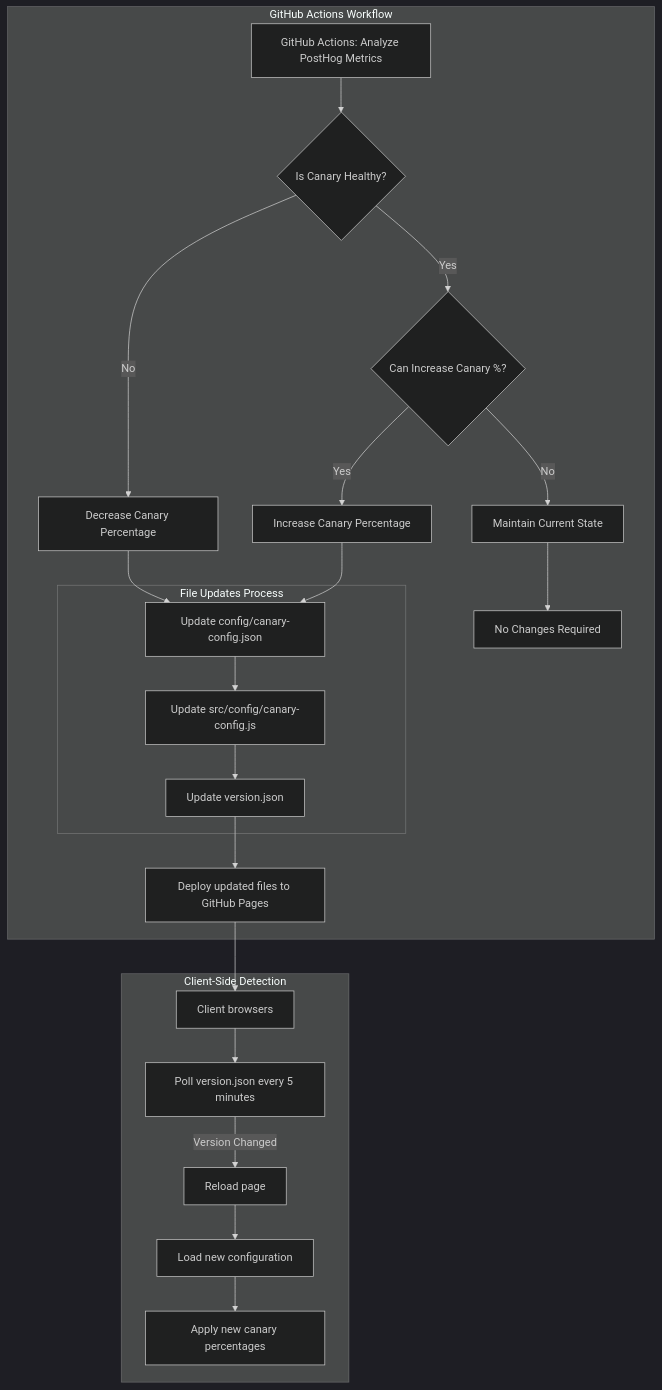
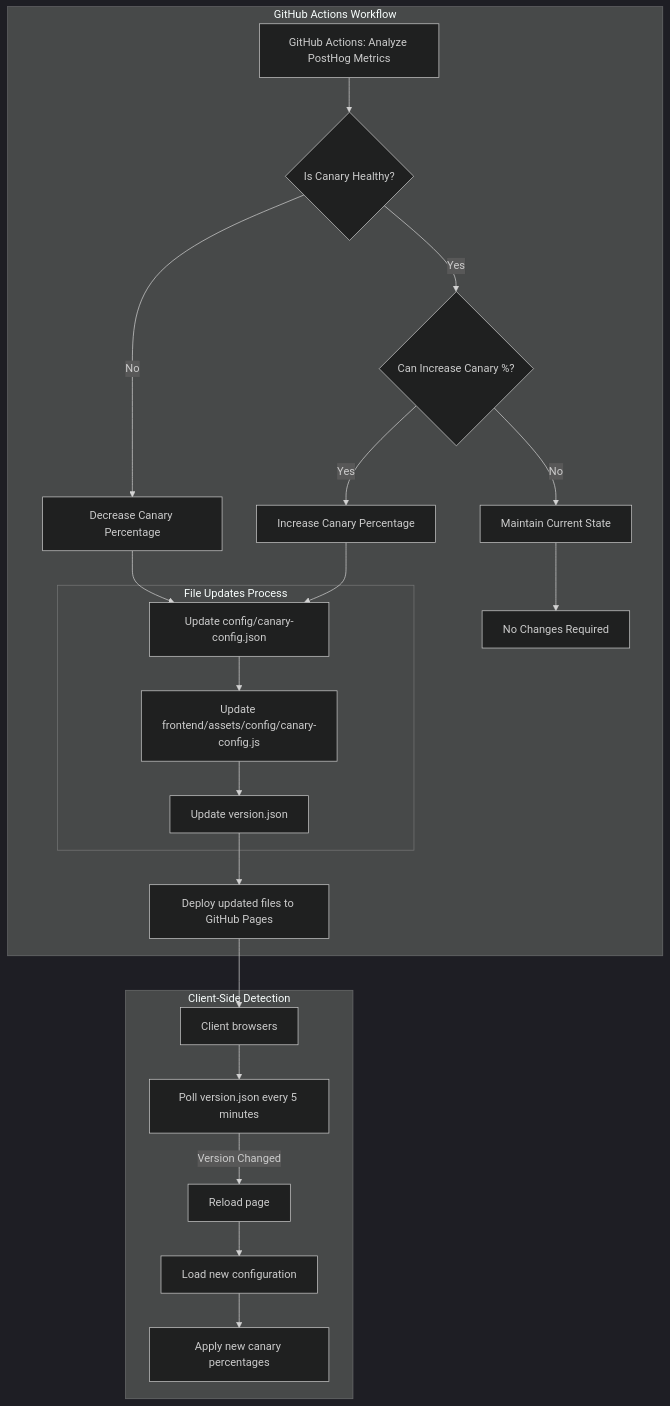
Before and after one commit to lloydchang/client-side-canary-deployment: the second of 3 diagrams in README.md, drawn with Mermaid (dark theme). The commit also changed other lines of this file and 2 other files, not shown here.

````diff
--- a/README.md
+++ b/README.md
@@ -35,31 +35,31 @@
 ```mermaid
 graph TD
     subgraph "GitHub Actions Workflow"
         L[GitHub Actions: Analyze PostHog Metrics]
         L --> M{Is Canary Healthy?}
         M -->|No| N[Decrease Canary Percentage]
         M -->|Yes| O{Can Increase Canary %?}
         O -->|Yes| P[Increase Canary Percentage]
         O -->|No| Q[Maintain Current State]
         
         N --> F1
         P --> F1
         Q --> Q1[No Changes Required]
         
         subgraph "File Updates Process"
             F1[Update config/canary-config.json]
-            F1 --> F2[Update src/config/canary-config.js]
+            F1 --> F2[Update frontend/assets/config/canary-config.js]
             F2 --> V[Update version.json]
         end
         
         V --> G[Deploy updated files to GitHub Pages]
     end
 
     subgraph "Client-Side Detection"
         G --> CL[Client browsers]
         CL --> CL1[Poll version.json every 5 minutes]
         CL1 -->|Version Changed| CL2[Reload page]
         CL2 --> CL3[Load new configuration]
         CL3 --> CL4[Apply new canary percentages]
     end    
 ```
````
